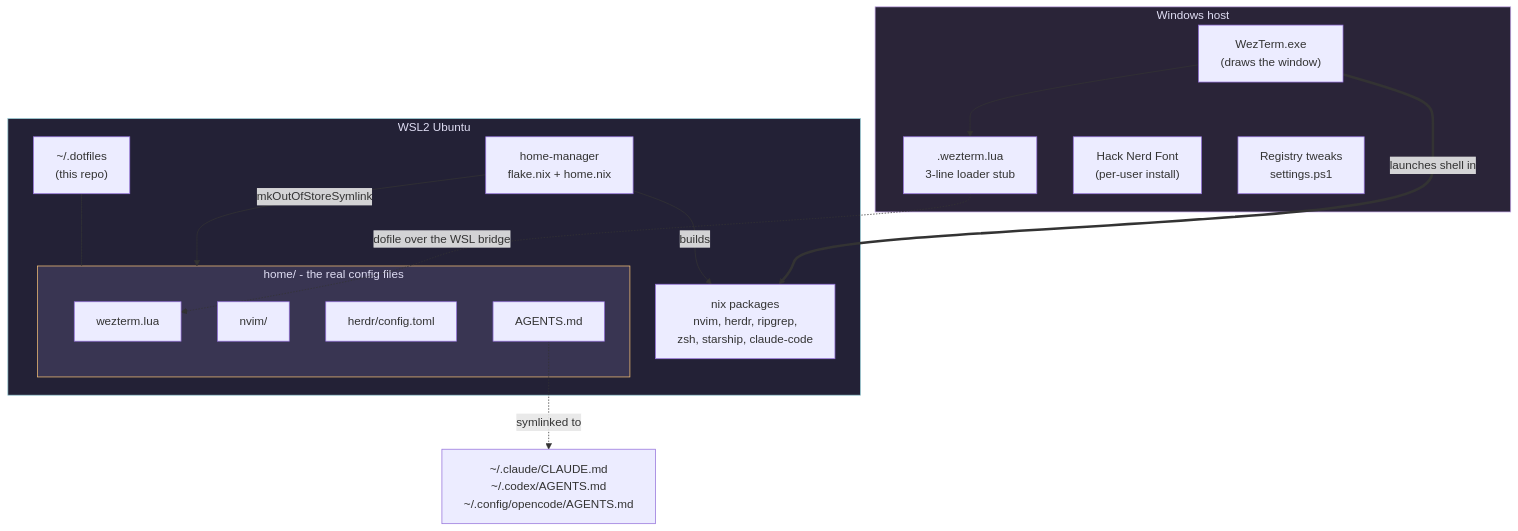
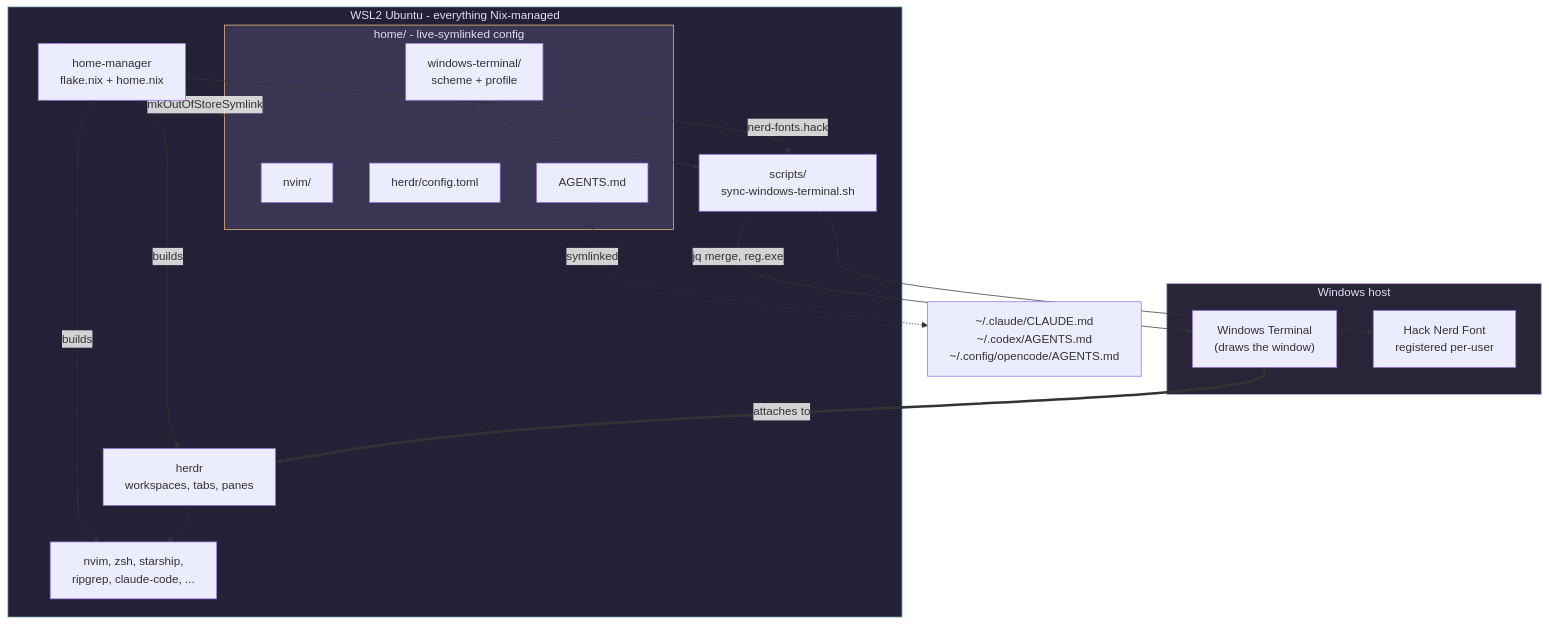
The diagram in README.md (haotieu2001/dotfiles-wsl), drawn with Mermaid before and after one commit. The commit also changed other lines of this file and 21 other files, not shown here.

````diff
--- a/README.md
+++ b/README.md
@@ -57,33 +47,35 @@
 ```mermaid
 flowchart TB
     subgraph WIN["Windows host"]
-        WT["WezTerm.exe<br/>(draws the window)"]
-        STUB[".wezterm.lua<br/>3-line loader stub"]
-        FONT["Hack Nerd Font<br/>(per-user install)"]
-        REG["Registry tweaks<br/>settings.ps1"]
+        WT["Windows Terminal<br/>(draws the window)"]
+        FONT["Hack Nerd Font<br/>registered per-user"]
     end
 
-    subgraph WSL["WSL2 Ubuntu"]
+    subgraph WSL["WSL2 Ubuntu - everything Nix-managed"]
         HM["home-manager<br/>flake.nix + home.nix"]
-        REPO["~/.dotfiles<br/>(this repo)"]
-        subgraph CFG["home/ - the real config files"]
-            WTC["wezterm.lua"]
+        HERDR["herdr<br/>workspaces, tabs, panes"]
+        BIN["nvim, zsh, starship,<br/>ripgrep, claude-code, ..."]
+        subgraph CFG["home/ - live-symlinked config"]
             NVIM["nvim/"]
-            HERDR["herdr/config.toml"]
+            HCFG["herdr/config.toml"]
             AG["AGENTS.md"]
+            WTC["windows-terminal/<br/>scheme + profile"]
         end
-        BIN["nix packages<br/>nvim, herdr, ripgrep,<br/>zsh, starship, claude-code"]
+        SYNC["scripts/<br/>sync-windows-terminal.sh"]
     end
 
-    WT --> STUB
-    STUB -.->|"dofile over the WSL bridge"| WTC
-    WT ==>|"launches shell in"| BIN
-    HM -->|"builds"| BIN
-    HM -->|"mkOutOfStoreSymlink"| CFG
-    REPO --- CFG
-    AG -.->|"symlinked to"| CLAUDE["~/.claude/CLAUDE.md<br/>~/.codex/AGENTS.md<br/>~/.config/opencode/AGENTS.md"]
+    HM -->|builds| BIN
+    HM -->|builds| HERDR
+    HM -->|mkOutOfStoreSymlink| CFG
+    HM -->|"nerd-fonts.hack"| SYNC
+    WTC --> SYNC
+    SYNC -->|"jq merge, reg.exe"| WT
+    SYNC --> FONT
+    WT ==>|attaches to| HERDR
+    HERDR --> BIN
+    AG -.->|symlinked| AGENTS["~/.claude/CLAUDE.md<br/>~/.codex/AGENTS.md<br/>~/.config/opencode/AGENTS.md"]
 
     style WIN fill:#2a2438,stroke:#c4a7e7,color:#e0def4
     style WSL fill:#232136,stroke:#9ccfd8,color:#e0def4
     style CFG fill:#393552,stroke:#f6c177,color:#e0def4
 ```
````
